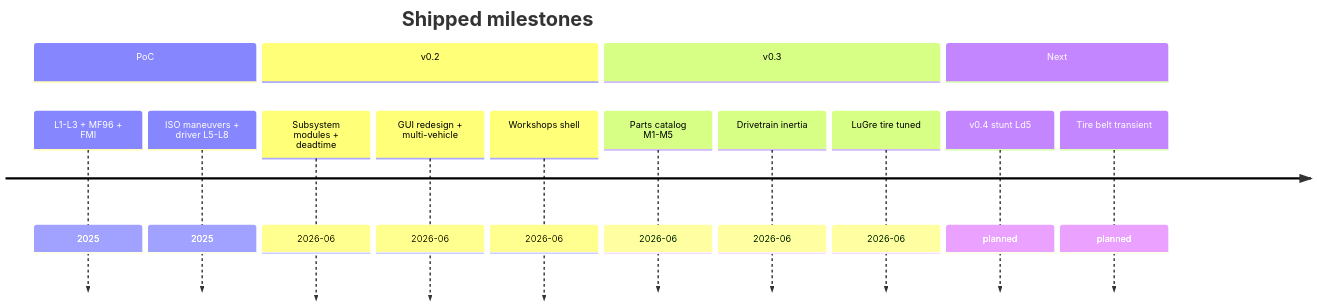
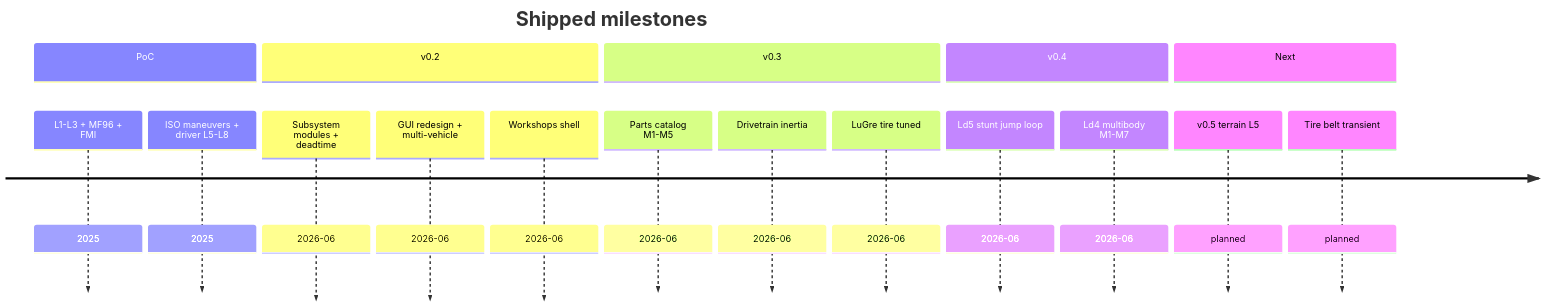
One commit to Onlyti/VDSim changed the diagram in docs/ROADMAP.md. Above: the diagram before and after it, drawn with Mermaid. The commit also changed other lines of this file and 7 other files, not shown here.

Commit message:
docs: overhaul Ld4 multibody spec, roadmap, and handoff

````diff
--- a/docs/ROADMAP.md
+++ b/docs/ROADMAP.md
@@ -31,18 +31,21 @@
 ```mermaid
 timeline
     title Shipped milestones
     section PoC
         L1-L3 + MF96 + FMI : 2025
         ISO maneuvers + driver L5-L8 : 2025
     section v0.2
         Subsystem modules + deadtime : 2026-06
         GUI redesign + multi-vehicle : 2026-06
         Workshops shell : 2026-06
     section v0.3
         Parts catalog M1-M5 : 2026-06
         Drivetrain inertia : 2026-06
         LuGre tire tuned : 2026-06
+    section v0.4
+        Ld5 stunt jump loop : 2026-06
+        Ld4 multibody M1-M7 : 2026-06
     section Next
-        v0.4 stunt Ld5 : planned
+        v0.5 terrain L5 : planned
         Tire belt transient : planned
 ```
````
